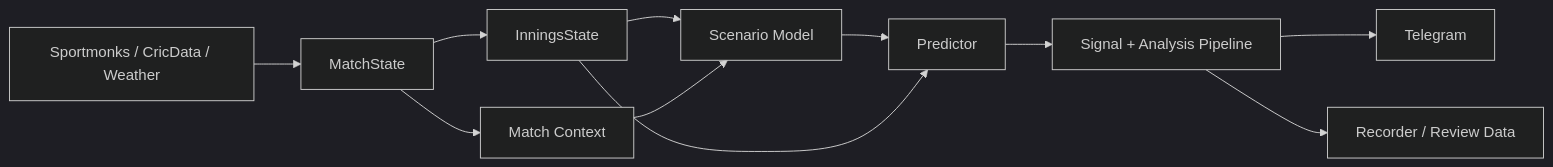
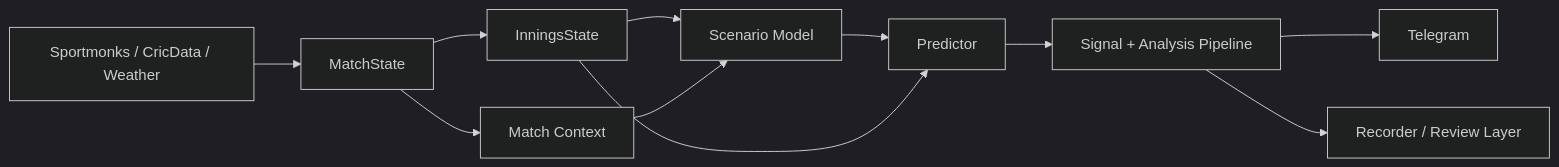
Before and after one commit to glitch-exec-labs/glitch-cricket-engine: the diagram in README.md, drawn with Mermaid (dark theme). The commit also changed other lines of this file and 13 other files, not shown here.

````diff
--- a/README.md
+++ b/README.md
@@ -41,13 +28,13 @@
 ```mermaid
 flowchart LR
     A[Sportmonks / CricData / Weather] --> B[MatchState]
     B --> C[InningsState]
     B --> D[Match Context]
     C --> E[Scenario Model]
     D --> E
     E --> F[Predictor]
     C --> F
     F --> G[Signal + Analysis Pipeline]
     G --> H[Telegram]
-    G --> I[Recorder / Review Data]
+    G --> I[Recorder / Review Layer]
 ```
````
